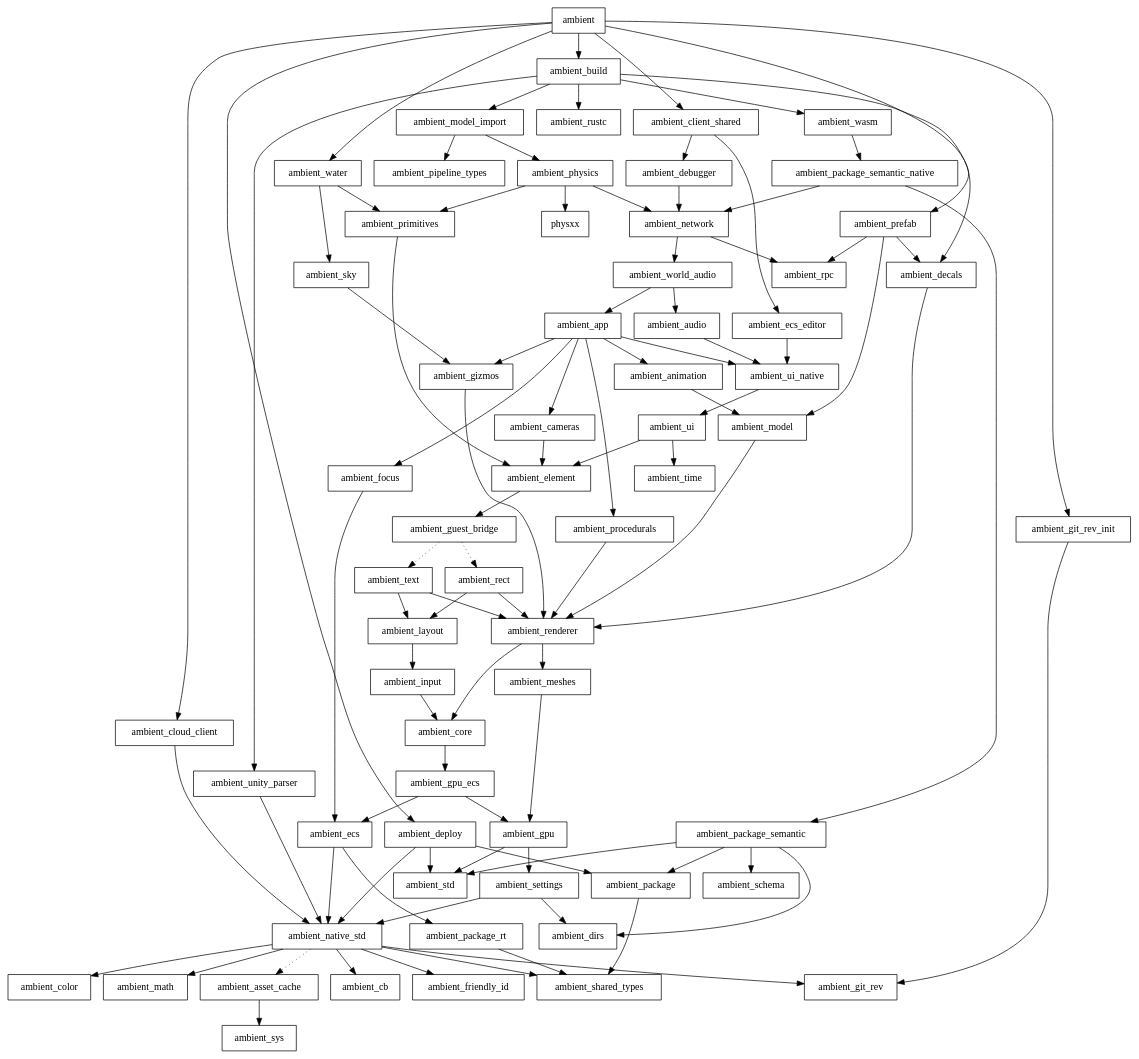
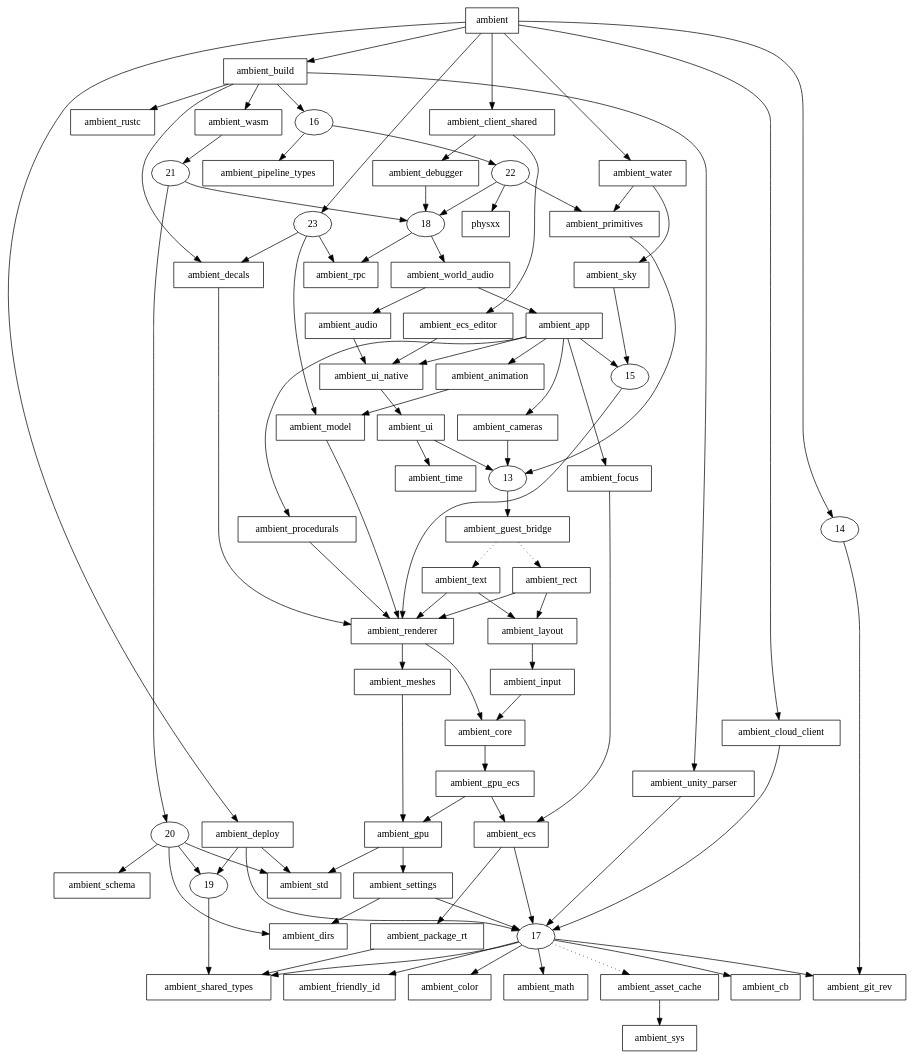
The diagram in docs/src/runtime_internals/dependency_graph.dot (AmbientRun/Ambient), drawn with Graphviz before and after one commit.

Commit message:
Test out of date .dot file

```diff
--- a/docs/src/runtime_internals/dependency_graph.dot
+++ b/docs/src/runtime_internals/dependency_graph.dot
@@ -1,158 +1,147 @@
 digraph {
     0 [ label = "ambient" shape = box]
     1 [ label = "ambient_animation" shape = box]
     2 [ label = "ambient_app" shape = box]
     3 [ label = "ambient_audio" shape = box]
     4 [ label = "ambient_build" shape = box]
     5 [ label = "ambient_cameras" shape = box]
     6 [ label = "ambient_client_shared" shape = box]
     7 [ label = "ambient_cloud_client" shape = box]
     8 [ label = "ambient_core" shape = box]
     9 [ label = "ambient_debugger" shape = box]
     10 [ label = "ambient_decals" shape = box]
     11 [ label = "ambient_deploy" shape = box]
     12 [ label = "ambient_ecs" shape = box]
-    13 [ label = "ambient_element" shape = box]
-    14 [ label = "ambient_git_rev_init" shape = box]
-    15 [ label = "ambient_gizmos" shape = box]
-    16 [ label = "ambient_model_import" shape = box]
-    17 [ label = "ambient_native_std" shape = box]
-    18 [ label = "ambient_network" shape = box]
-    19 [ label = "ambient_package" shape = box]
-    20 [ label = "ambient_package_semantic" shape = box]
-    21 [ label = "ambient_package_semantic_native" shape = box]
-    22 [ label = "ambient_physics" shape = box]
-    23 [ label = "ambient_prefab" shape = box]
     24 [ label = "ambient_primitives" shape = box]
     25 [ label = "ambient_rpc" shape = box]
     26 [ label = "ambient_settings" shape = box]
     27 [ label = "ambient_shared_types" shape = box]
     28 [ label = "ambient_sky" shape = box]
     29 [ label = "ambient_std" shape = box]
     30 [ label = "ambient_sys" shape = box]
     31 [ label = "ambient_ui_native" shape = box]
     32 [ label = "ambient_water" shape = box]
     33 [ label = "ambient_world_audio" shape = box]
     34 [ label = "ambient_model" shape = box]
     35 [ label = "ambient_focus" shape = box]
     36 [ label = "ambient_gpu" shape = box]
     37 [ label = "ambient_gpu_ecs" shape = box]
     38 [ label = "ambient_input" shape = box]
     39 [ label = "ambient_procedurals" shape = box]
     40 [ label = "ambient_renderer" shape = box]
     41 [ label = "ambient_asset_cache" shape = box]
     42 [ label = "ambient_pipeline_types" shape = box]
     43 [ label = "ambient_rustc" shape = box]
     44 [ label = "ambient_unity_parser" shape = box]
     45 [ label = "ambient_wasm" shape = box]
     46 [ label = "ambient_ecs_editor" shape = box]
     47 [ label = "ambient_layout" shape = box]
     48 [ label = "ambient_meshes" shape = box]
     49 [ label = "ambient_package_rt" shape = box]
     50 [ label = "ambient_cb" shape = box]
     51 [ label = "ambient_friendly_id" shape = box]
     52 [ label = "ambient_guest_bridge" shape = box]
     53 [ label = "ambient_git_rev" shape = box]
     54 [ label = "physxx" shape = box]
     55 [ label = "ambient_color" shape = box]
     56 [ label = "ambient_math" shape = box]
     57 [ label = "ambient_dirs" shape = box]
     58 [ label = "ambient_schema" shape = box]
     59 [ label = "ambient_rect" shape = box]
     60 [ label = "ambient_text" shape = box]
     61 [ label = "ambient_ui" shape = box]
     62 [ label = "ambient_time" shape = box]
     0 -> 4 [ ]
     0 -> 6 [ ]
     0 -> 7 [ ]
     0 -> 11 [ ]
     0 -> 14 [ ]
     0 -> 23 [ ]
     0 -> 32 [ ]
     1 -> 34 [ ]
     2 -> 1 [ ]
     2 -> 5 [ ]
     2 -> 35 [ ]
     2 -> 15 [ ]
     2 -> 39 [ ]
     2 -> 31 [ ]
     3 -> 31 [ ]
     4 -> 10 [ ]
     4 -> 16 [ ]
     4 -> 43 [ ]
     4 -> 44 [ ]
     4 -> 45 [ ]
     5 -> 13 [ ]
     6 -> 9 [ ]
     6 -> 46 [ ]
     7 -> 17 [ ]
     8 -> 37 [ ]
     9 -> 18 [ ]
     10 -> 40 [ ]
     11 -> 17 [ ]
     11 -> 19 [ ]
     11 -> 29 [ ]
     12 -> 17 [ ]
     12 -> 49 [ ]
     13 -> 52 [ ]
     14 -> 53 [ ]
     15 -> 40 [ ]
     16 -> 22 [ ]
     16 -> 42 [ ]
     17 -> 41 [ style = dotted]
     17 -> 50 [ ]
     17 -> 55 [ ]
     17 -> 51 [ ]
     17 -> 53 [ ]
     17 -> 56 [ ]
     17 -> 27 [ ]
     18 -> 25 [ ]
     18 -> 33 [ ]
     19 -> 27 [ ]
     20 -> 57 [ ]
     20 -> 19 [ ]
     20 -> 58 [ ]
     20 -> 29 [ ]
     21 -> 18 [ ]
     21 -> 20 [ ]
     22 -> 18 [ ]
     22 -> 24 [ ]
     22 -> 54 [ ]
     23 -> 10 [ ]
     23 -> 34 [ ]
     23 -> 25 [ ]
     24 -> 13 [ ]
     26 -> 57 [ ]
     26 -> 17 [ ]
     28 -> 15 [ ]
     31 -> 61 [ ]
     32 -> 24 [ ]
     32 -> 28 [ ]
     33 -> 2 [ ]
     33 -> 3 [ ]
     34 -> 40 [ ]
     35 -> 12 [ ]
     36 -> 26 [ ]
     36 -> 29 [ ]
     37 -> 12 [ ]
     37 -> 36 [ ]
     38 -> 8 [ ]
     39 -> 40 [ ]
     40 -> 8 [ ]
     40 -> 48 [ ]
     41 -> 30 [ ]
     44 -> 17 [ ]
     45 -> 21 [ ]
     46 -> 31 [ ]
     47 -> 38 [ ]
     48 -> 36 [ ]
     49 -> 27 [ ]
     52 -> 59 [ style = dotted]
     52 -> 60 [ style = dotted]
     59 -> 47 [ ]
     59 -> 40 [ ]
     60 -> 47 [ ]
     60 -> 40 [ ]
     61 -> 13 [ ]
     61 -> 62 [ ]
 }
```
